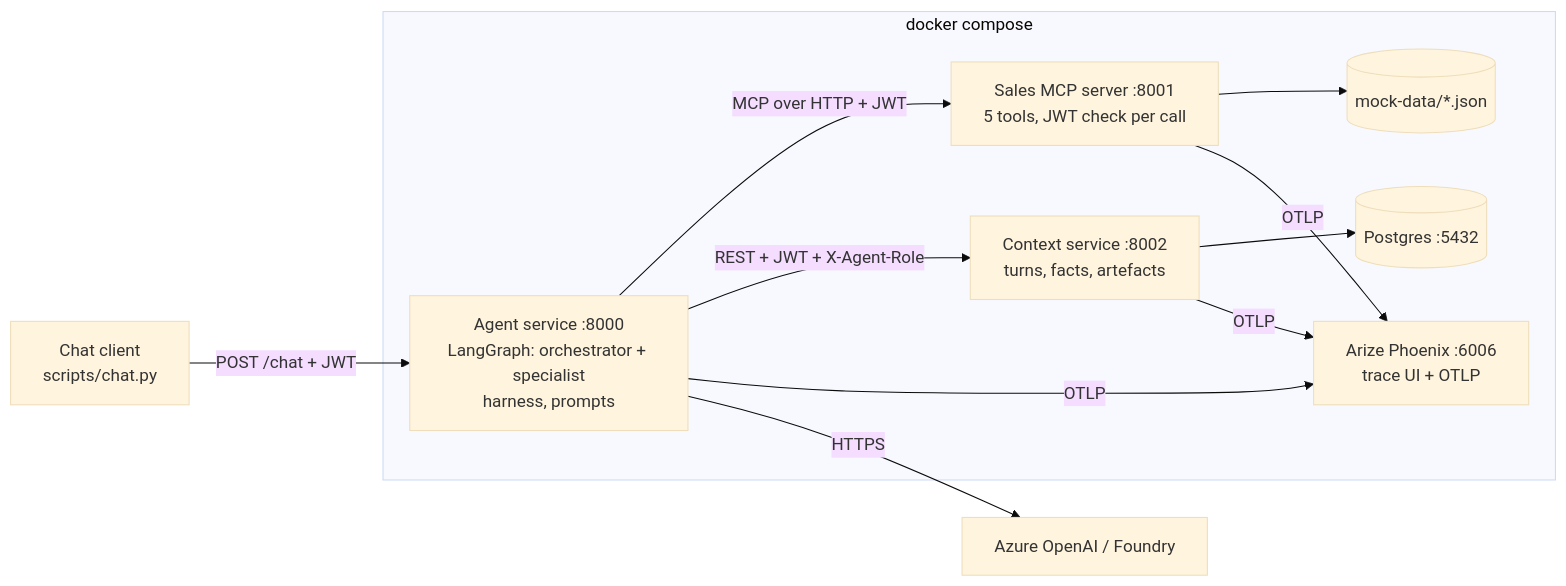
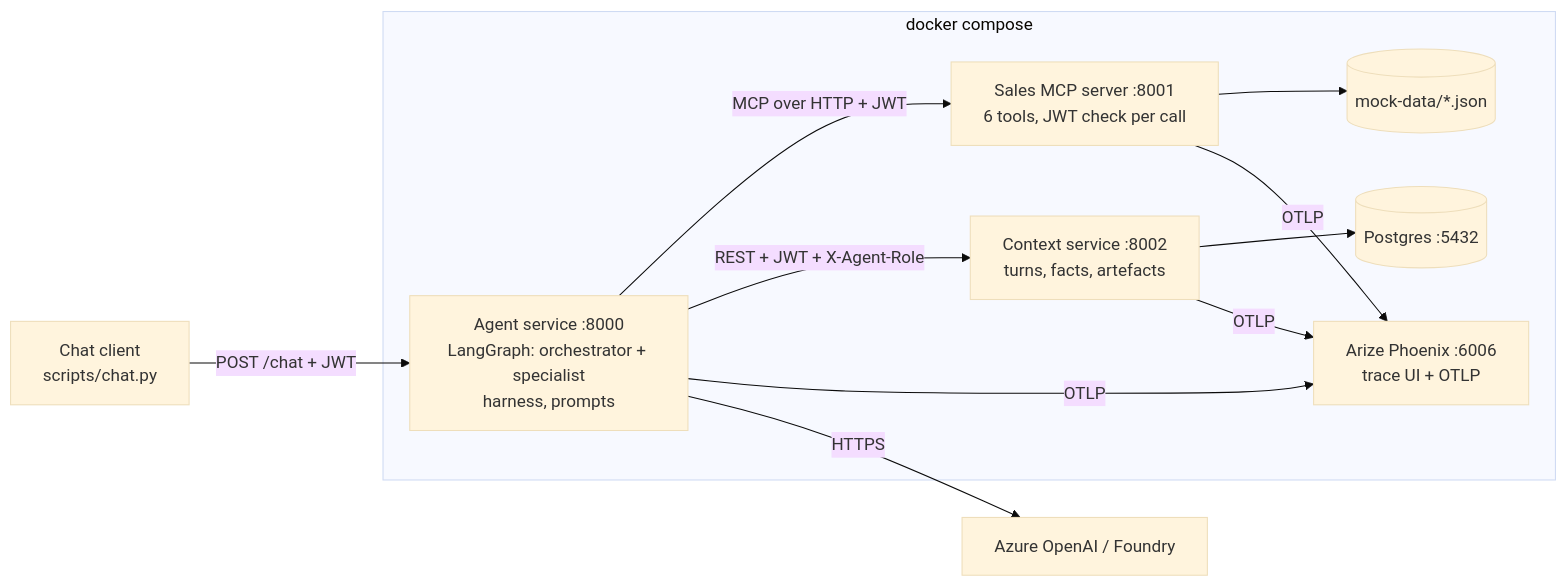
One commit to atiliosud/field-sales-agent-reference changed the second of 7 diagrams in docs/architecture.md. Above: the diagram before and after it, drawn with Mermaid (base theme). The commit also changed other lines of this file and 5 other files, not shown here.

````diff
--- a/docs/architecture.md
+++ b/docs/architecture.md
@@ -64,22 +64,22 @@
 ```mermaid
 flowchart LR
     cli["Chat client<br/>scripts/chat.py"] -- "POST /chat + JWT" --> agent
 
     subgraph compose["docker compose"]
         agent["Agent service :8000<br/>LangGraph: orchestrator + specialist<br/>harness, prompts"]
-        mcp["Sales MCP server :8001<br/>5 tools, JWT check per call"]
+        mcp["Sales MCP server :8001<br/>6 tools, JWT check per call"]
         ctx["Context service :8002<br/>turns, facts, artefacts"]
         pg[("Postgres :5432")]
         phx["Arize Phoenix :6006<br/>trace UI + OTLP"]
         files[("mock-data/*.json")]
     end
 
     agent -- "MCP over HTTP + JWT" --> mcp
     agent -- "REST + JWT + X-Agent-Role" --> ctx
     ctx --> pg
     mcp --> files
     agent -- "OTLP" --> phx
     mcp -- "OTLP" --> phx
     ctx -- "OTLP" --> phx
     agent -- "HTTPS" --> llm["Azure OpenAI / Foundry"]
 ```
````
